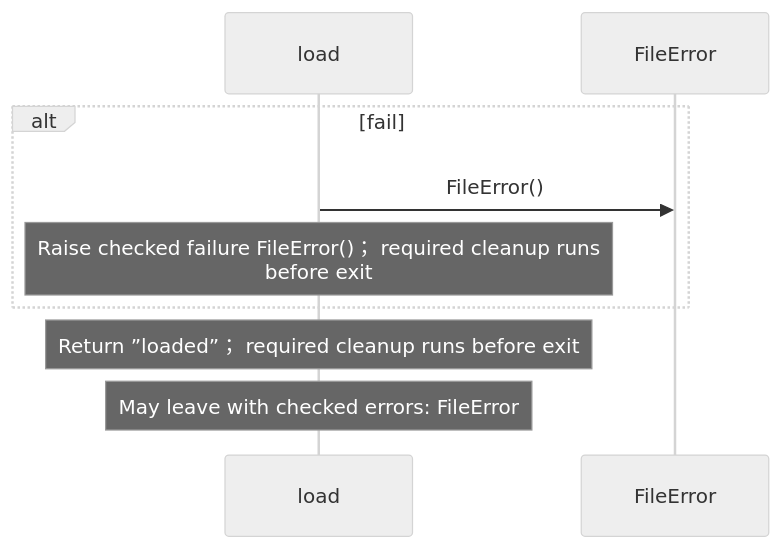
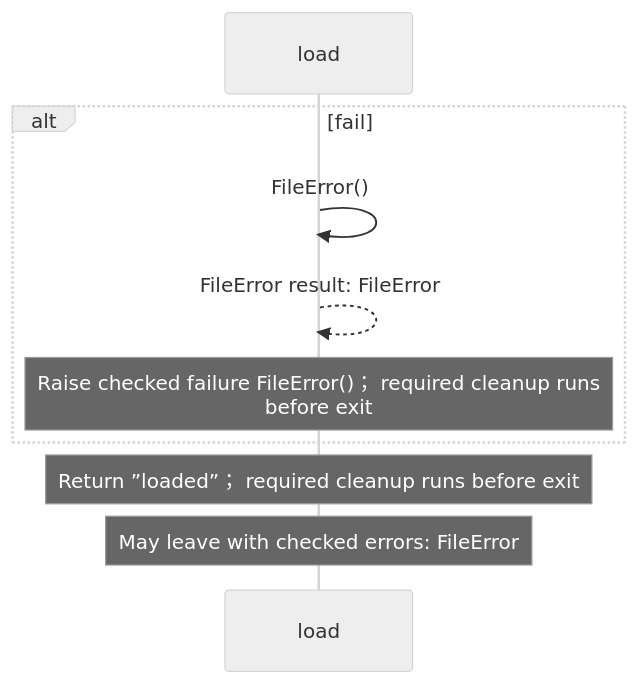
Before and after one commit to GreenPandaStudios/augscript: the diagram in docs/examples/errors/errors-diagrams.md, drawn with Mermaid (neutral theme). The commit also changed 304 other files, not shown here.

Commit message:
Make generated data-flow sequences concise and review every diagram

````diff
--- a/docs/examples/errors/errors-diagrams.md
+++ b/docs/examples/errors/errors-diagrams.md
@@ -28,11 +28,12 @@
 ```mermaid
 sequenceDiagram
     participant p0 as load
-    participant p1 as FileError
+
     alt fail
-    p0->>p1: FileError()
+    p0->>p0: FileError()
+    p0-->>p0: FileError result: FileError
     Note over p0: Raise checked failure FileError()； required cleanup runs<br/>before exit
     end
     Note over p0: Return ”loaded”； required cleanup runs before exit
     Note over p0: May leave with checked errors: FileError
 ```
````
